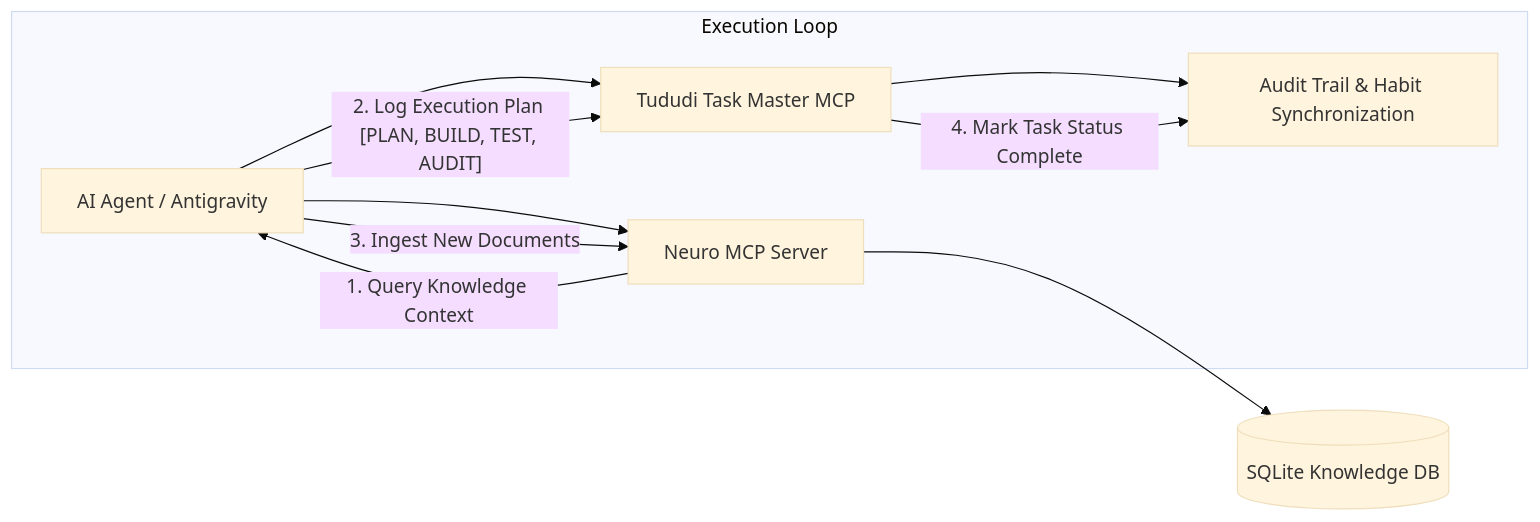
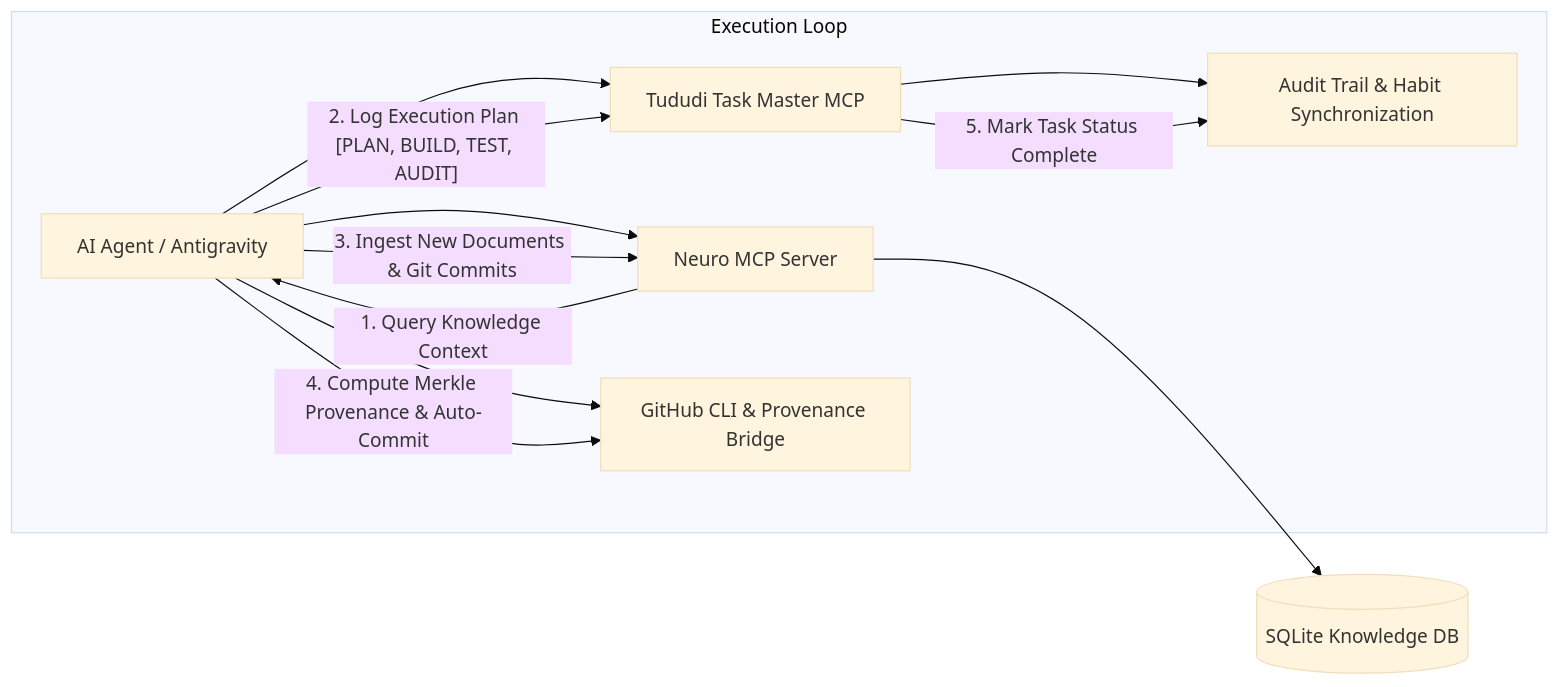
Before and after one commit to SavianAlexander/uroboros-knowledge-engine: the fifth of 7 diagrams in README.md, drawn with Mermaid (base theme). The commit also changed other lines of this file and 2 other files, not shown here.

Commit message:
docs: update readme, changelog, and architecture blueprint for v3.0.0 tri-engine release [Tududi #922]

````diff
--- a/README.md
+++ b/README.md
@@ -858,14 +861,16 @@
 ```mermaid
 graph LR
     Agent[AI Agent / Antigravity] --> Neuro[Neuro MCP Server]
     Agent --> Tududi[Tududi Task Master MCP]
+    Agent --> Git[GitHub CLI & Provenance Bridge]
     Neuro --> VectorDB[(SQLite Knowledge DB)]
     Tududi --> Audit[Audit Trail & Habit Synchronization]
     
     subgraph Execution Loop
         Neuro -- 1. Query Knowledge Context --> Agent
         Agent -- 2. Log Execution Plan [PLAN, BUILD, TEST, AUDIT] --> Tududi
-        Agent -- 3. Ingest New Documents --> Neuro
-        Tududi -- 4. Mark Task Status Complete --> Audit
+        Agent -- 3. Ingest New Documents & Git Commits --> Neuro
+        Agent -- 4. Compute Merkle Provenance & Auto-Commit --> Git
+        Tududi -- 5. Mark Task Status Complete --> Audit
     end
 ```
````
